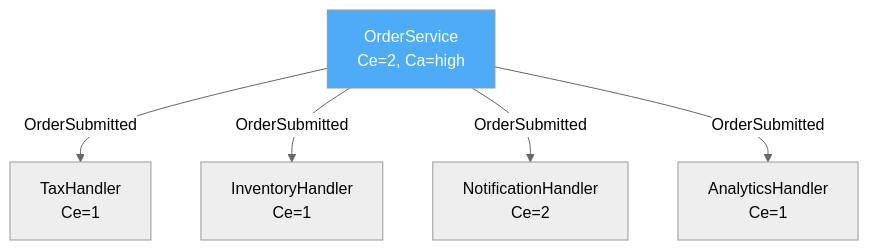
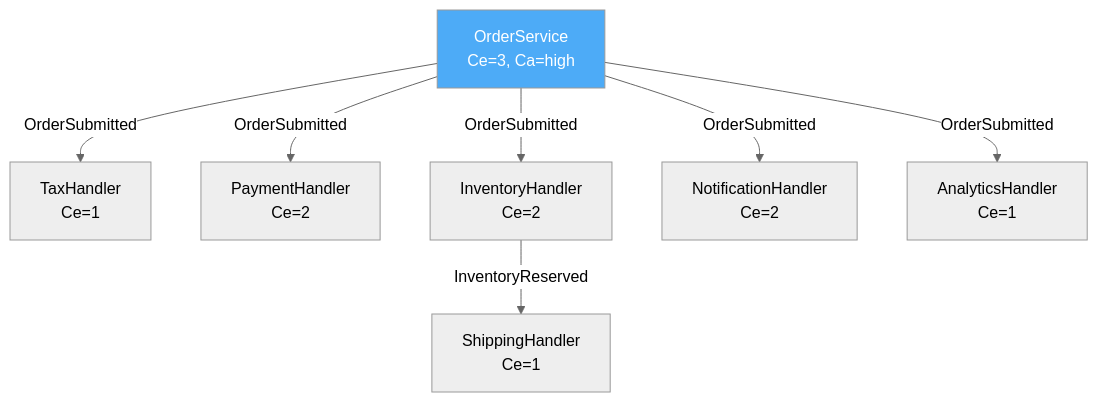
The third of 8 diagrams in coupling-in-practice.md (anaerobic/coupling), drawn with Mermaid (neutral theme) before and after one commit. The commit also changed other lines of this file, not shown here.

````diff
--- a/coupling-in-practice.md
+++ b/coupling-in-practice.md
@@ -516,11 +549,13 @@
 ```mermaid
 flowchart TD
-    OS[OrderService<br/>Ce=2, Ca=high]
+    OS[OrderService<br/>Ce=3, Ca=high]
 
     OS -->|"OrderSubmitted"| TH[TaxHandler<br/>Ce=1]
-    OS -->|"OrderSubmitted"| IH[InventoryHandler<br/>Ce=1]
+    OS -->|"OrderSubmitted"| PH[PaymentHandler<br/>Ce=2]
+    OS -->|"OrderSubmitted"| IH[InventoryHandler<br/>Ce=2]
     OS -->|"OrderSubmitted"| NH[NotificationHandler<br/>Ce=2]
     OS -->|"OrderSubmitted"| AH[AnalyticsHandler<br/>Ce=1]
+    IH -->|"InventoryReserved"| SH[ShippingHandler<br/>Ce=1]
 
     style OS fill:#4dabf7,color:#fff
 ```
````
